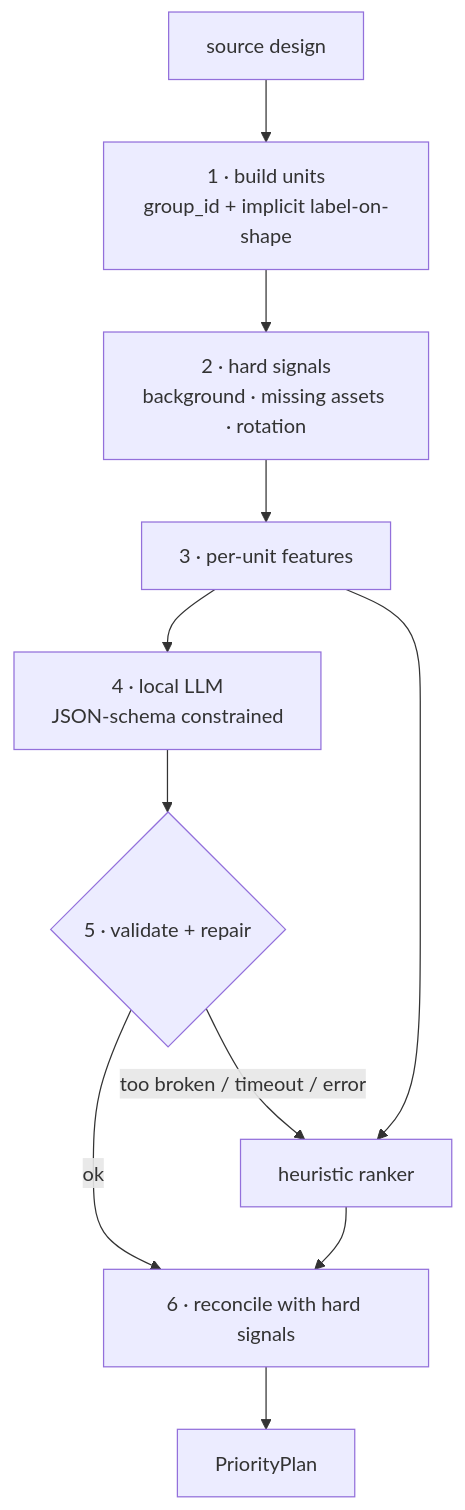
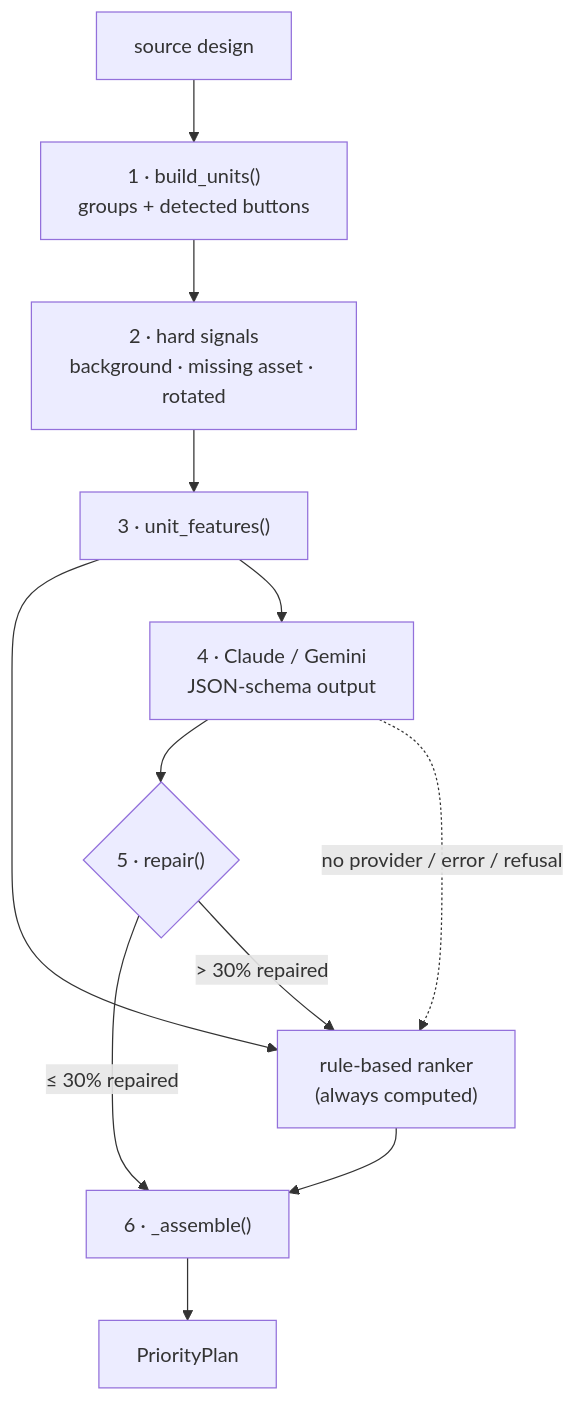
Before and after one commit to AngeloLandiza/Adobe-26-University-Hackathon: the diagram in docs/pipeline/01-priority-node.md, drawn with Mermaid. The commit also changed other lines of this file and 5 other files, not shown here.

````diff
--- a/docs/pipeline/01-priority-node.md
+++ b/docs/pipeline/01-priority-node.md
@@ -9,13 +11,14 @@
 ```mermaid
 flowchart TD
-    SRC["source design"] --> UNITS["1 · build units<br/>group_id + implicit label-on-shape"]
-    UNITS --> HARD["2 · hard signals<br/>background · missing assets · rotation"]
-    HARD --> FEAT["3 · per-unit features"]
-    FEAT --> LLM["4 · local LLM<br/>JSON-schema constrained"]
-    FEAT --> HEU["heuristic ranker"]
-    LLM --> VAL{"5 · validate + repair"}
-    VAL -- "ok" --> REC["6 · reconcile with hard signals"]
-    VAL -- "too broken / timeout / error" --> HEU
-    HEU --> REC
-    REC --> PLAN["PriorityPlan"]
+    SRC["source design"] --> UNITS["1 · build_units()<br/>groups + detected buttons"]
+    UNITS --> HARD["2 · hard signals<br/>background · missing asset · rotated"]
+    HARD --> FEAT["3 · unit_features()"]
+    FEAT --> HEU["rule-based ranker<br/>(always computed)"]
+    FEAT --> LLM["4 · Claude / Gemini<br/>JSON-schema output"]
+    LLM --> VAL{"5 · repair()"}
+    VAL -- "≤ 30% repaired" --> ASM["6 · _assemble()"]
+    VAL -- "> 30% repaired" --> HEU
+    LLM -. "no provider / error / refusal" .-> HEU
+    HEU --> ASM
+    ASM --> PLAN["PriorityPlan"]
 ```
````
